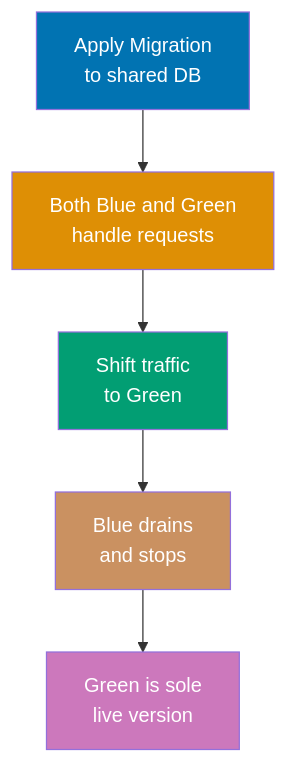
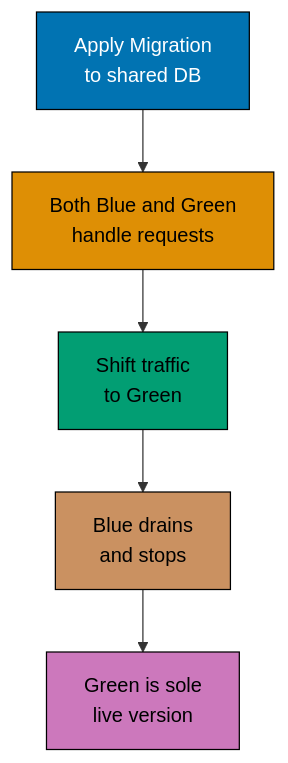
The fifth of 5 diagrams in apps/ayokoding-www/content/en/learn/legacy/software-engineering/data/tools/csharp-ef-core/by-example/advanced.md (wahidyankf/ose-public), drawn with Mermaid before and after one commit. The commit also changed other lines of this file and 131 other files, not shown here.

First line of the commit message:
fix(mermaid): bring the legacy data, infrastructure, and testing diagrams onto the accessible palette

````diff
--- a/apps/ayokoding-www/content/en/learn/legacy/software-engineering/data/tools/csharp-ef-core/by-example/advanced.md
+++ b/apps/ayokoding-www/content/en/learn/legacy/software-engineering/data/tools/csharp-ef-core/by-example/advanced.md
@@ -724,14 +752,22 @@
 ```mermaid
 %% Color Palette: Blue #0173B2, Orange #DE8F05, Teal #029E73, Purple #CC78BC, Brown #CA9161
 graph TD
+    accTitle: Example 71: Blue-Green Deployment Migrations
+    accDescr: Graph with 5 nodes and 4 connections. Nodes: Apply Migration to shared DB, Both Blue and Green handle requests, Shift traffic to Green, Blue drains and stops, Green is sole live version. Connections: Apply Migration to shared DB to Both Blue and Green handle requests, Both Blue and Green handle requests to Shift traffic to Green, Shift traffic to Green to Blue drains and stops, Blue drains and stops to Green is sole live version.
     A[Apply Migration<br/>to shared DB] --> B[Both Blue and Green<br/>handle requests]
     B --> C[Shift traffic<br/>to Green]
     C --> D[Blue drains<br/>and stops]
     D --> E[Green is sole<br/>live version]
 
-    style A fill:#0173B2,color:#fff
-    style B fill:#DE8F05,color:#fff
-    style C fill:#029E73,color:#fff
-    style D fill:#CA9161,color:#fff
-    style E fill:#CC78BC,color:#fff
+    classDef pal-0173B2 fill:#0173B2,stroke:#000000,color:#FFFFFF
+    class A pal-0173B2
+    classDef pal-DE8F05 fill:#DE8F05,stroke:#000000,color:#000000
+    class B pal-DE8F05
+    classDef pal-029E73 fill:#029E73,stroke:#000000,color:#000000
+    class C pal-029E73
+    classDef pal-CA9161 fill:#CA9161,stroke:#000000,color:#000000
+    class D pal-CA9161
+    classDef pal-CC78BC fill:#CC78BC,stroke:#000000,color:#000000
+    class E pal-CC78BC
+    classDef default fill:#FFFFFF,stroke:#000000,color:#000000
 ```
````
